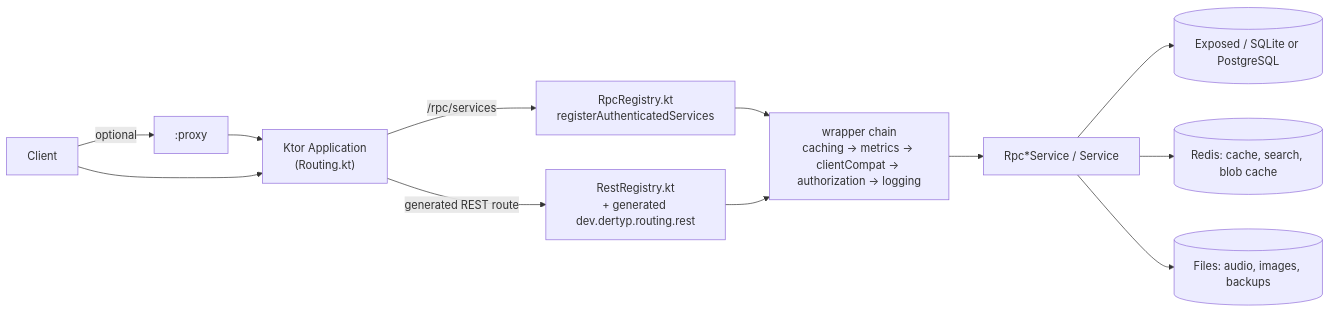
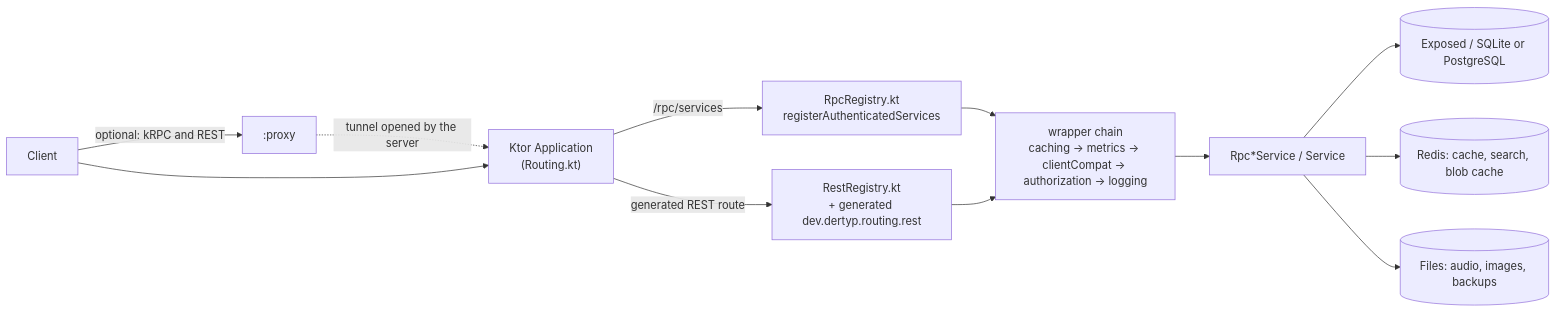
One commit to DerTyp7214/synara-api changed the diagram in docs/ARCHITECTURE.md. Above: the diagram before and after it, drawn with Mermaid. The commit also changed other lines of this file and 30 other files, not shown here.

````diff
--- a/docs/ARCHITECTURE.md
+++ b/docs/ARCHITECTURE.md
@@ -24,14 +24,14 @@
 ```mermaid
 flowchart LR
-    Client -->|optional| Proxy[":proxy"]
-    Proxy --> Ktor
+    Client -->|"optional: kRPC and REST"| Proxy[":proxy"]
+    Proxy -.->|"tunnel opened by the server"| Ktor
     Client --> Ktor["Ktor Application\n(Routing.kt)"]
     Ktor -->|"/rpc/services"| RpcRegistry["RpcRegistry.kt\nregisterAuthenticatedServices"]
     Ktor -->|"generated REST route"| RestRegistry["RestRegistry.kt\n+ generated dev.dertyp.routing.rest"]
     RpcRegistry --> Wrap["wrapper chain\ncaching -> metrics -> clientCompat -> authorization -> logging"]
     RestRegistry --> Wrap
     Wrap --> Service["Rpc*Service / Service"]
     Service --> Exposed[("Exposed / SQLite or PostgreSQL")]
     Service --> Redis[("Redis: cache, search, blob cache")]
     Service --> Files[("Files: audio, images, backups")]
 ```
````
